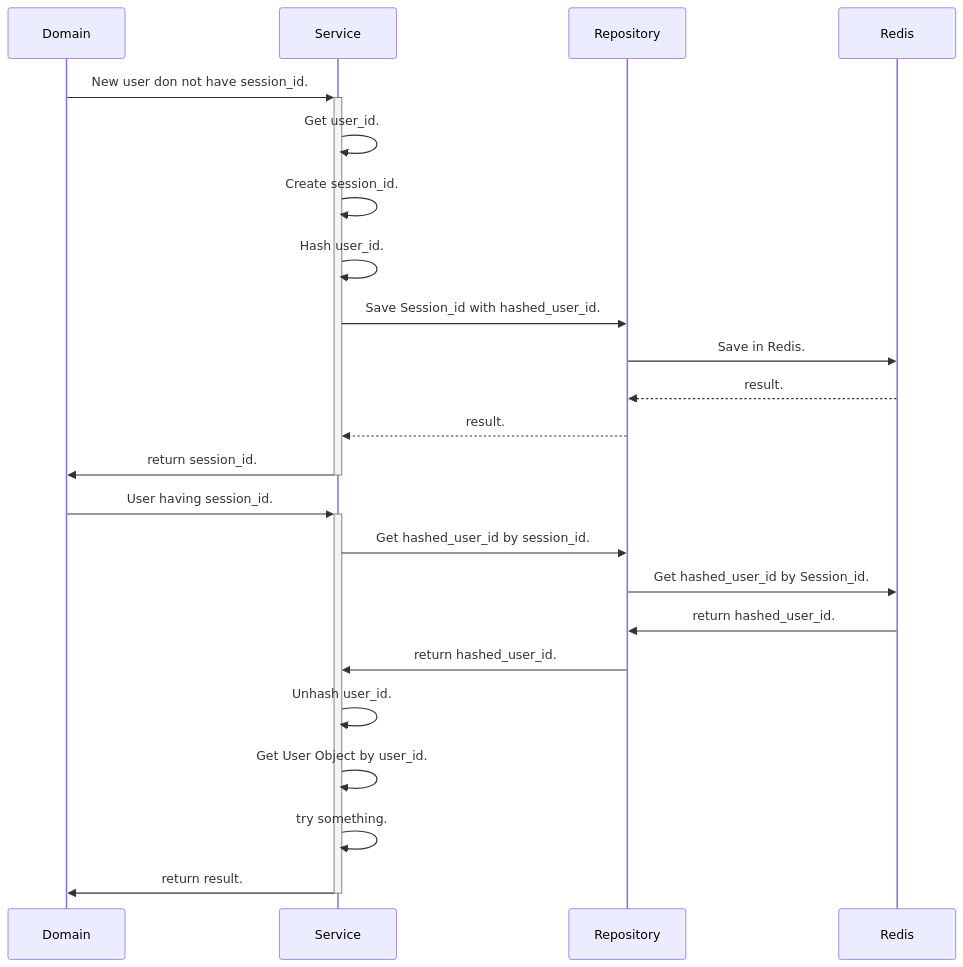
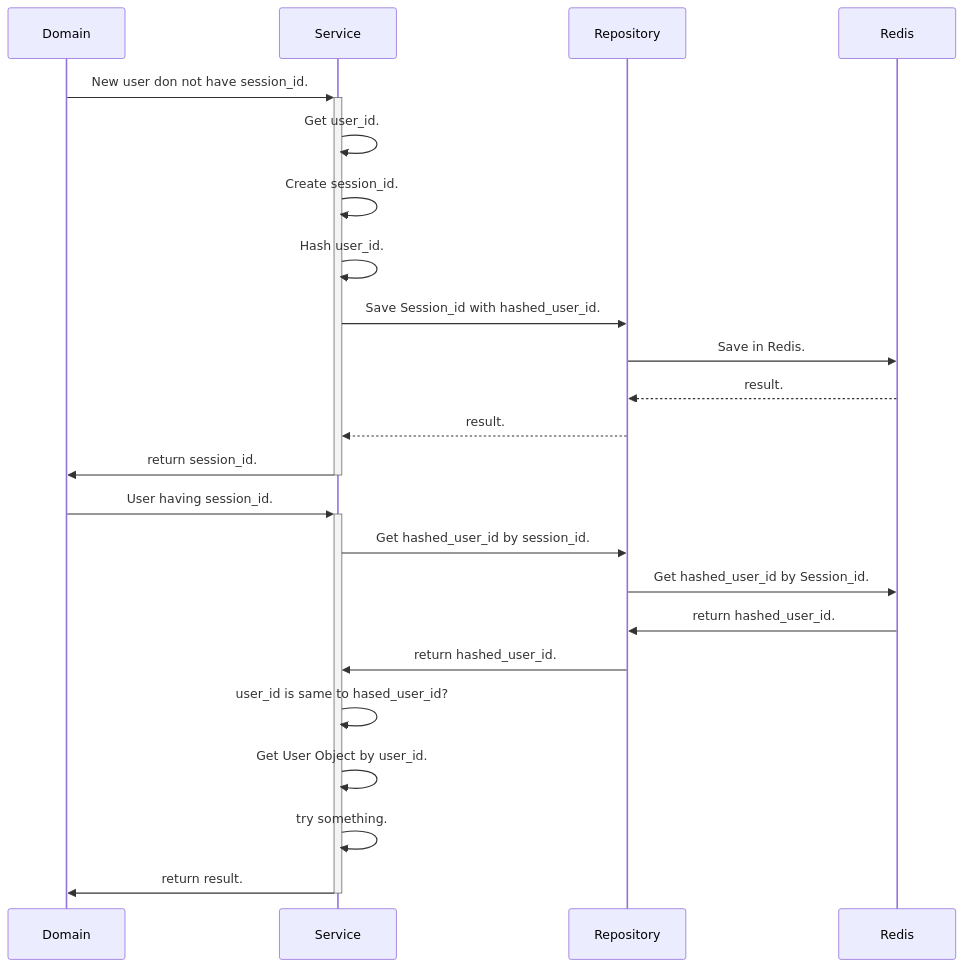
Before and after one commit to yutakasugiura/redis_learning: the diagram in README.md, drawn with Mermaid. The commit also changed other lines of this file and 4 other files, not shown here.

````diff
--- a/README.md
+++ b/README.md
@@ -31,25 +33,25 @@
 ```mermaid
 sequenceDiagram
     participant Domain
     participant Service
     participant Repository
     participant Redis
     Domain->>+Service: New user don not have session_id. 
     Service->>Service: Get user_id.
     Service->>Service: Create session_id.
     Service->>Service: Hash user_id.
     Service->>Repository: Save Session_id with hashed_user_id.
     Repository->>Redis: Save in Redis.
     Redis-->>Repository: result.
     Repository-->>Service: result.
     Service->>-Domain: return session_id.
     Domain->>+Service: User having session_id.
     Service->>Repository: Get hashed_user_id by session_id.
     Repository->>Redis: Get hashed_user_id by Session_id.
     Redis->>Repository: return hashed_user_id.
     Repository->>Service: return hashed_user_id.
-    Service->>Service: Unhash user_id.
+    Service->>Service: user_id is same to hased_user_id?
     Service->>Service: Get User Object by user_id.
     Service->>Service: try something.
     Service->>-Domain: return result.
 ```
````
